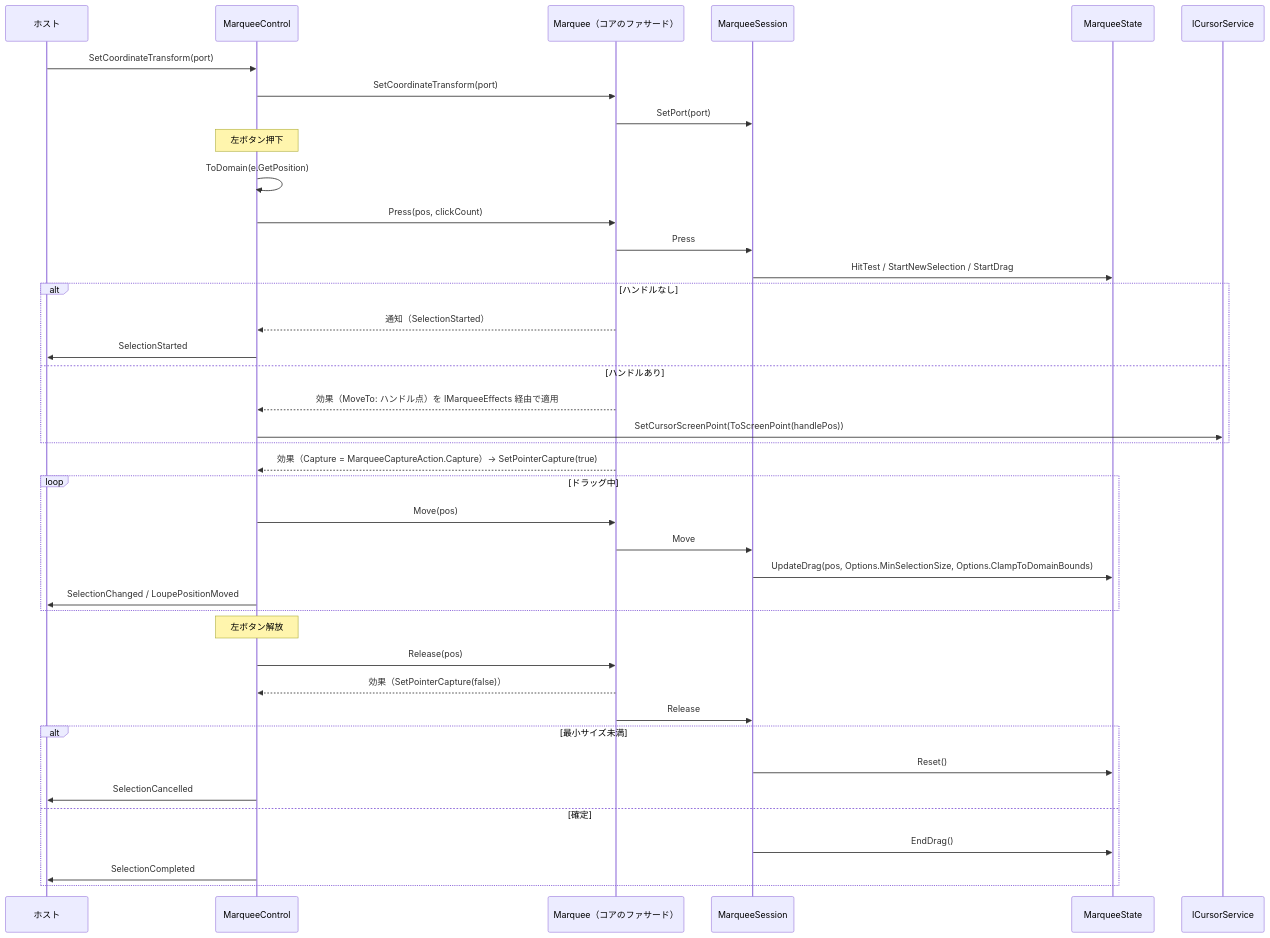
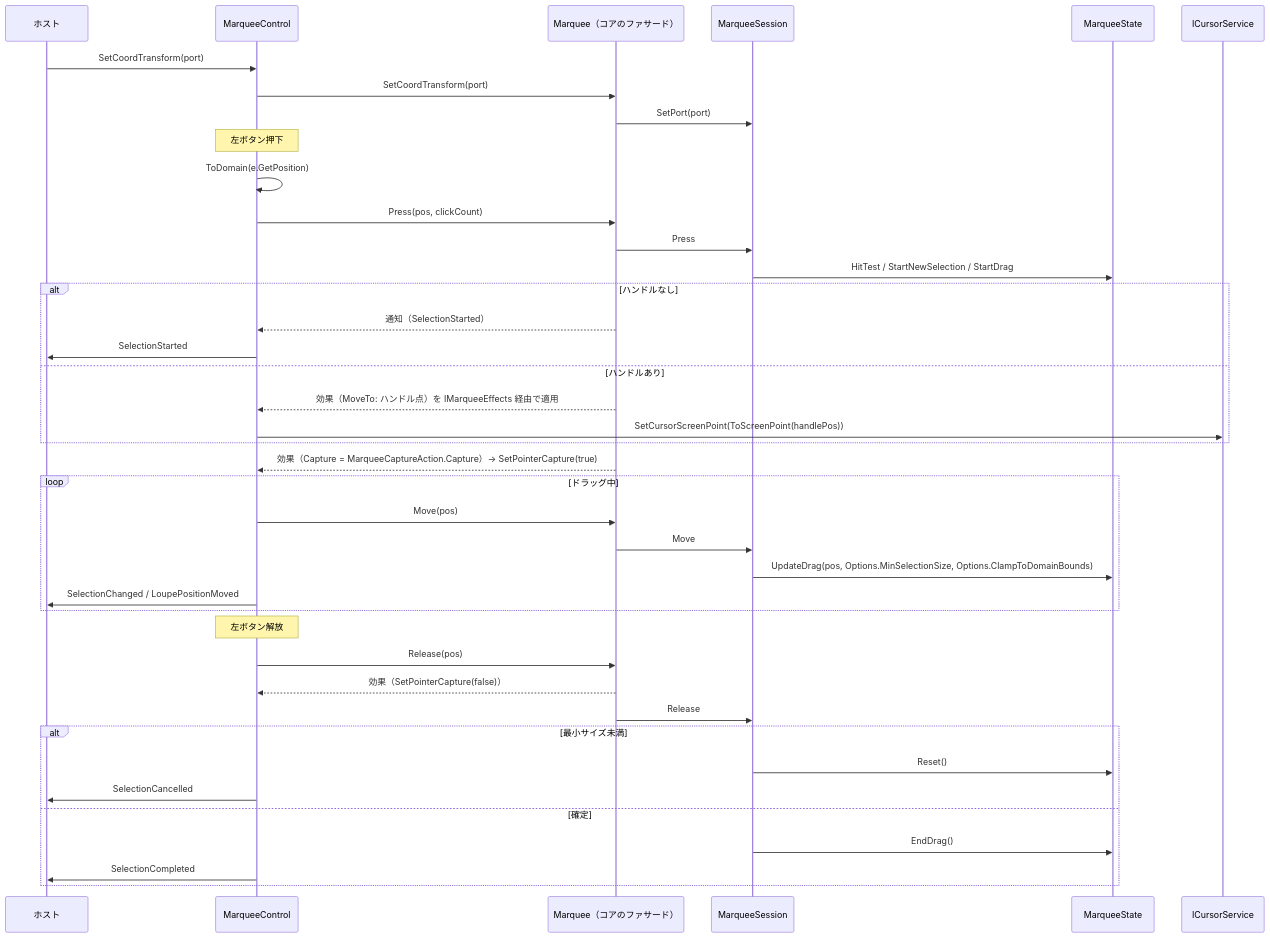
The second of 4 diagrams in src/MarqueeControl.MewUI/SPEC_System.md (tomokuni/SaveEvidence), drawn with Mermaid before and after one commit. The commit also changed other lines of this file and 110 other files, not shown here.

````diff
--- a/src/MarqueeControl.MewUI/SPEC_System.md
+++ b/src/MarqueeControl.MewUI/SPEC_System.md
@@ -263,43 +263,43 @@
 ```mermaid
 sequenceDiagram
     participant Host as ホスト
     participant Ctl as MarqueeControl
     participant Fac as Marquee（コアのファサード）
     participant Ses as MarqueeSession
     participant St as MarqueeState
     participant Cur as ICursorService
 
-    Host->>Ctl: SetCoordinateTransform(port)
-    Ctl->>Fac: SetCoordinateTransform(port)
+    Host->>Ctl: SetCoordTransform(port)
+    Ctl->>Fac: SetCoordTransform(port)
     Fac->>Ses: SetPort(port)
     Note over Ctl: 左ボタン押下
     Ctl->>Ctl: ToDomain(e.GetPosition)
     Ctl->>Fac: Press(pos, clickCount)
     Fac->>Ses: Press
     Ses->>St: HitTest / StartNewSelection / StartDrag
     alt ハンドルなし
         Fac-->>Ctl: 通知（SelectionStarted）
         Ctl->>Host: SelectionStarted
     else ハンドルあり
         Fac-->>Ctl: 効果（MoveTo: ハンドル点）を IMarqueeEffects 経由で適用
         Ctl->>Cur: SetCursorScreenPoint(ToScreenPoint(handlePos))
     end
     Fac-->>Ctl: 効果（Capture = MarqueeCaptureAction.Capture）→ SetPointerCapture(true)
     loop ドラッグ中
         Ctl->>Fac: Move(pos)
         Fac->>Ses: Move
         Ses->>St: UpdateDrag(pos, Options.MinSelectionSize, Options.ClampToDomainBounds)
         Ctl->>Host: SelectionChanged / LoupePositionMoved
     end
     Note over Ctl: 左ボタン解放
     Ctl->>Fac: Release(pos)
     Fac-->>Ctl: 効果（SetPointerCapture(false)）
     Fac->>Ses: Release
     alt 最小サイズ未満
         Ses->>St: Reset()
         Ctl->>Host: SelectionCancelled
     else 確定
         Ses->>St: EndDrag()
         Ctl->>Host: SelectionCompleted
     end
 ```
````
